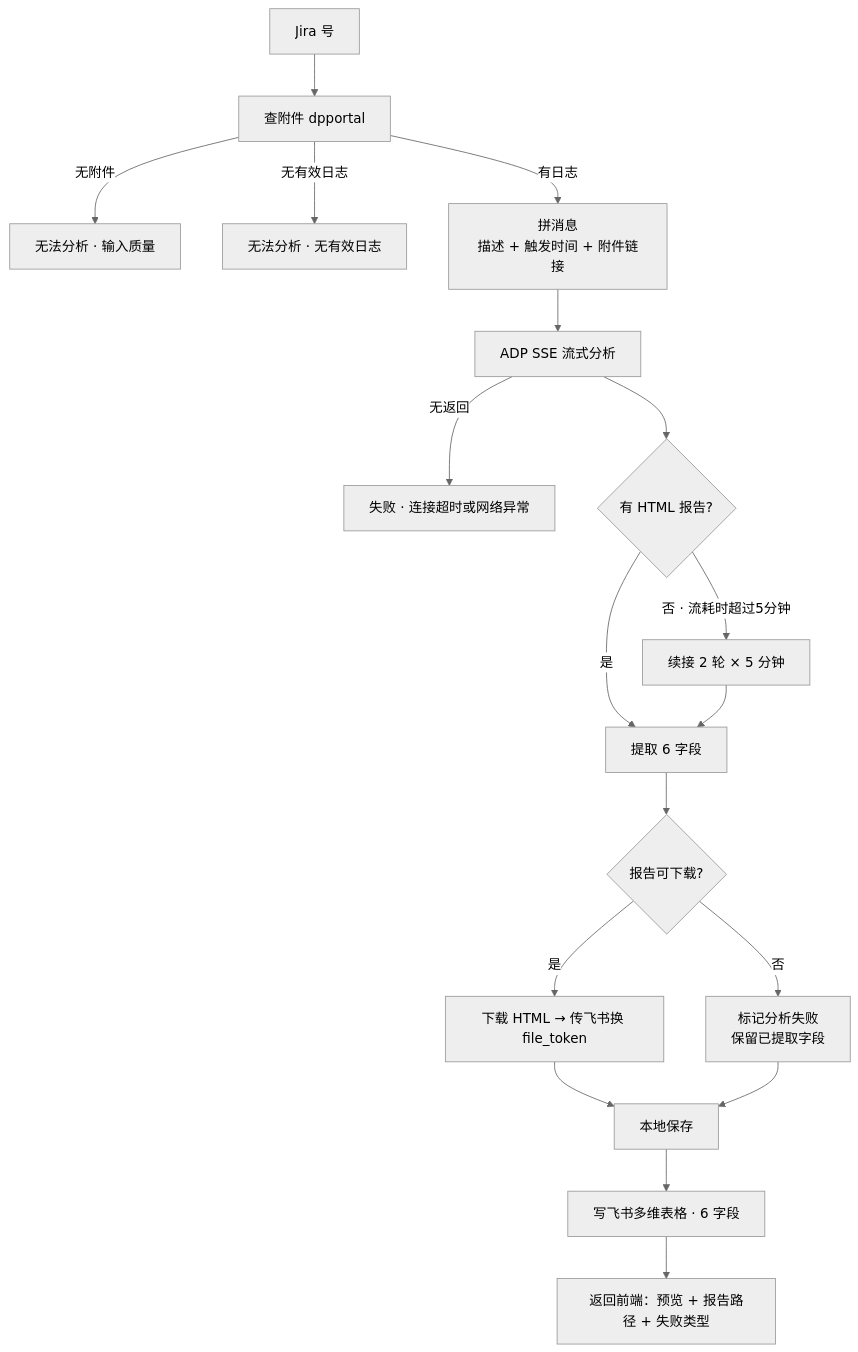
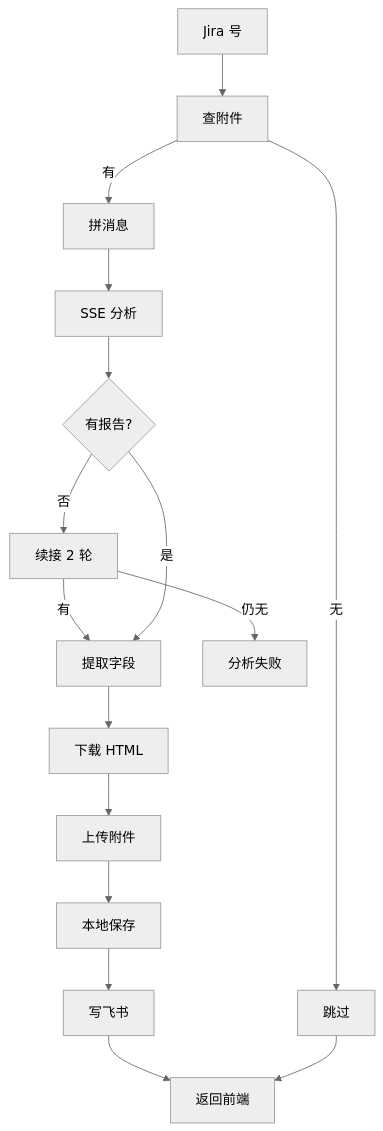
One commit to LuckyBuff2333/program16 changed the first of 2 diagrams in docs/ADP平台调用逻辑说明文档.md. Above: the diagram before and after it, drawn with Mermaid (neutral theme). The commit also changed other lines of this file, not shown here.

Commit message:
docs: ADP 说明改为短标签流程图，说明文字移出图外

````diff
--- a/docs/ADP平台调用逻辑说明文档.md
+++ b/docs/ADP平台调用逻辑说明文档.md
@@ -7,20 +5,18 @@
 ```mermaid
 flowchart TD
-    A["Jira 号"] --> B["查附件 dpportal"]
-    B -->|无附件| X1["无法分析 · 输入质量"]
-    B -->|无有效日志| X2["无法分析 · 无有效日志"]
-    B -->|有日志| C["拼消息<br/>描述 + 触发时间 + 附件链接"]
-    C --> D["ADP SSE 流式分析"]
-    D -->|无返回| X3["失败 · 连接超时或网络异常"]
-    D --> E{"有 HTML 报告?"}
-    E -->|否 · 流耗时超过5分钟| F["续接 2 轮 × 5 分钟"]
-    E -->|是| G["提取 6 字段"]
-    F --> G
-    G --> H{"报告可下载?"}
-    H -->|是| I["下载 HTML → 传飞书换 file_token"]
-    H -->|否| J["标记分析失败<br/>保留已提取字段"]
-    I --> K["本地保存"]
-    J --> K
-    K --> L["写飞书多维表格 · 6 字段"]
-    L --> M["返回前端：预览 + 报告路径 + 失败类型"]
+    A[Jira 号] --> B[查附件]
+    B -->|无| X1[跳过]
+    B -->|有| C[拼消息]
+    C --> D[SSE 分析]
+    D --> E{有报告?}
+    E -->|否| F[续接 2 轮]
+    F -->|有| G
+    F -->|仍无| W[分析失败]
+    E -->|是| G[提取字段]
+    G --> H[下载 HTML]
+    H --> I[上传附件]
+    I --> J[本地保存]
+    J --> K[写飞书]
+    K --> L[返回前端]
+    X1 --> L
 ```
````
